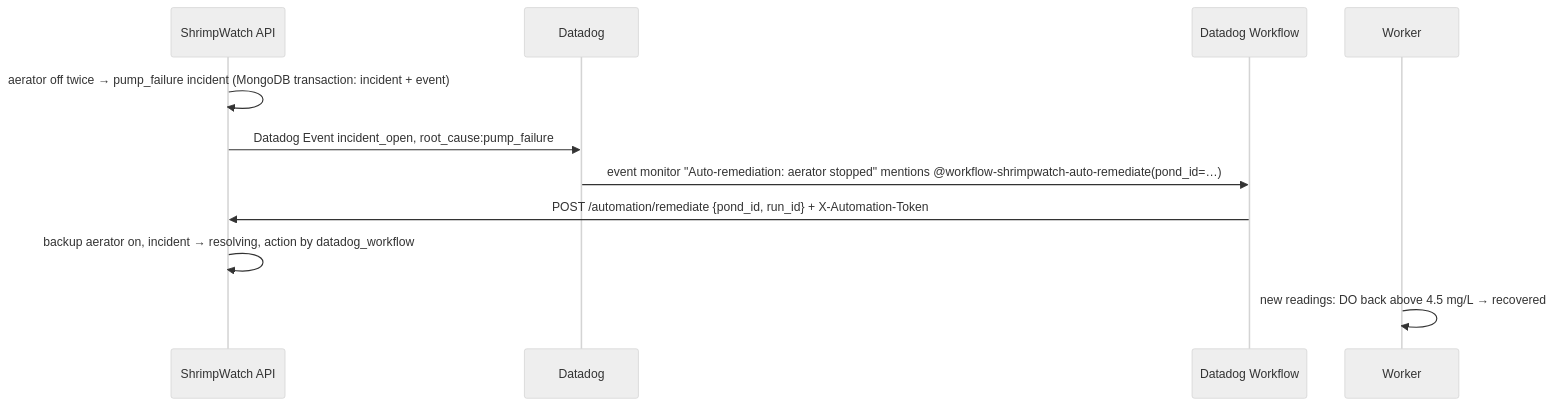
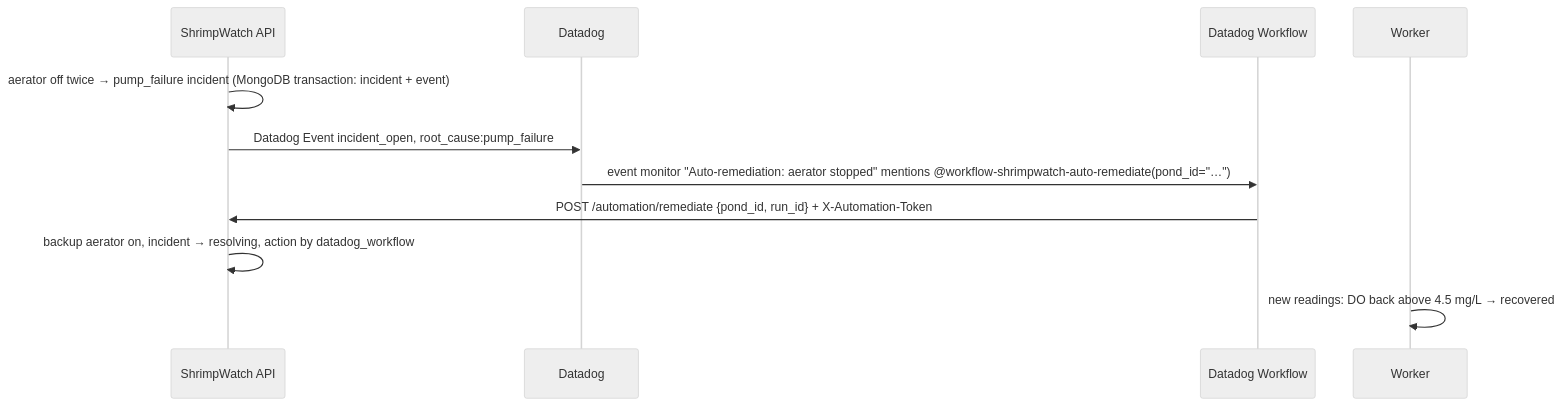
One commit to tranducvu3/shrimpwatch changed the second of 2 diagrams in README.md. Above: the diagram before and after it, drawn with Mermaid (neutral theme). The commit also changed 2 other files, not shown here.

Commit message:
fix: quote pond_id so the monitor can start the auto-remediation workflow (#62)
Datadog rejected every run with 'value for input parameter pond_id isn't
valid for type STRING' because the mention passed pond-02 unquoted. Also
start the workflow on alerts only, not on recovery.

````diff
--- a/README.md
+++ b/README.md
@@ -499,13 +499,13 @@
 ```mermaid
 sequenceDiagram
     participant API as ShrimpWatch API
     participant DD as Datadog
     participant WF as Datadog Workflow
     participant W as Worker
     API->>API: aerator off twice → pump_failure incident (MongoDB transaction: incident + event)
     API->>DD: Datadog Event incident_open, root_cause:pump_failure
-    DD->>WF: event monitor "Auto-remediation: aerator stopped" mentions @workflow-shrimpwatch-auto-remediate(pond_id=…)
+    DD->>WF: event monitor "Auto-remediation: aerator stopped" mentions @workflow-shrimpwatch-auto-remediate(pond_id="…")
     WF->>API: POST /automation/remediate {pond_id, run_id} + X-Automation-Token
     API->>API: backup aerator on, incident → resolving, action by datadog_workflow
     W->>W: new readings: DO back above 4.5 mg/L → recovered
 ```
````
